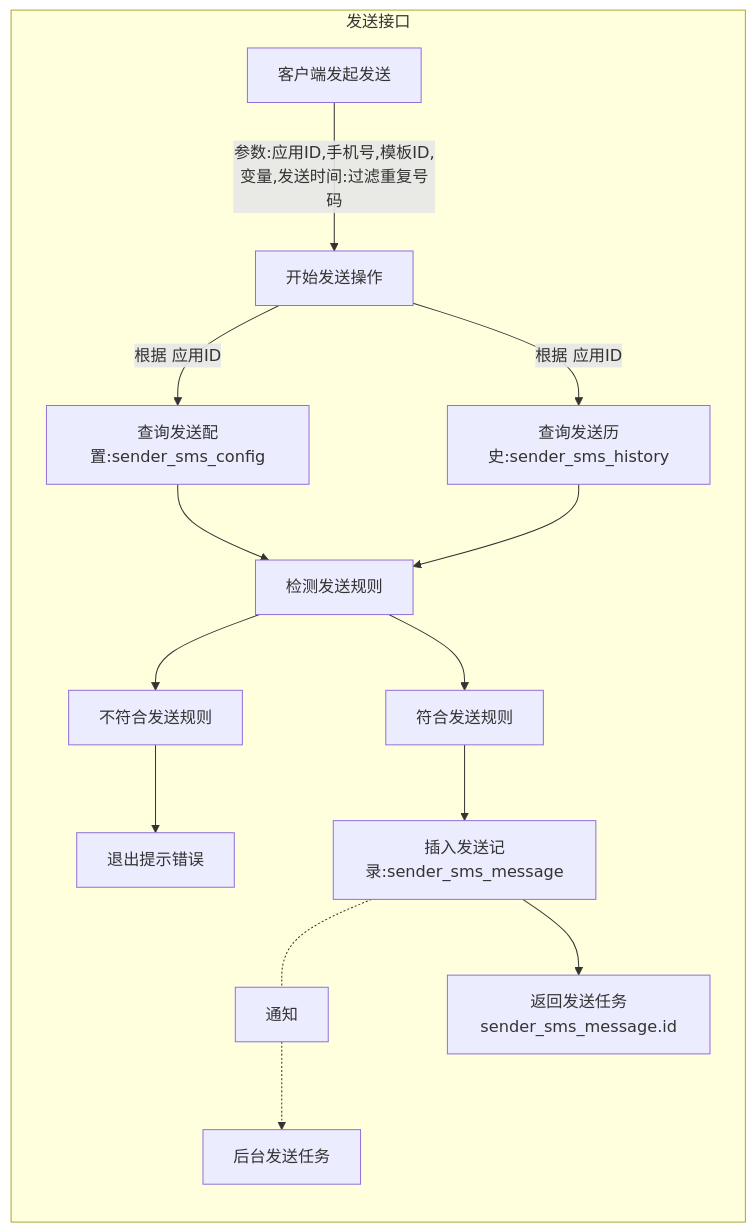
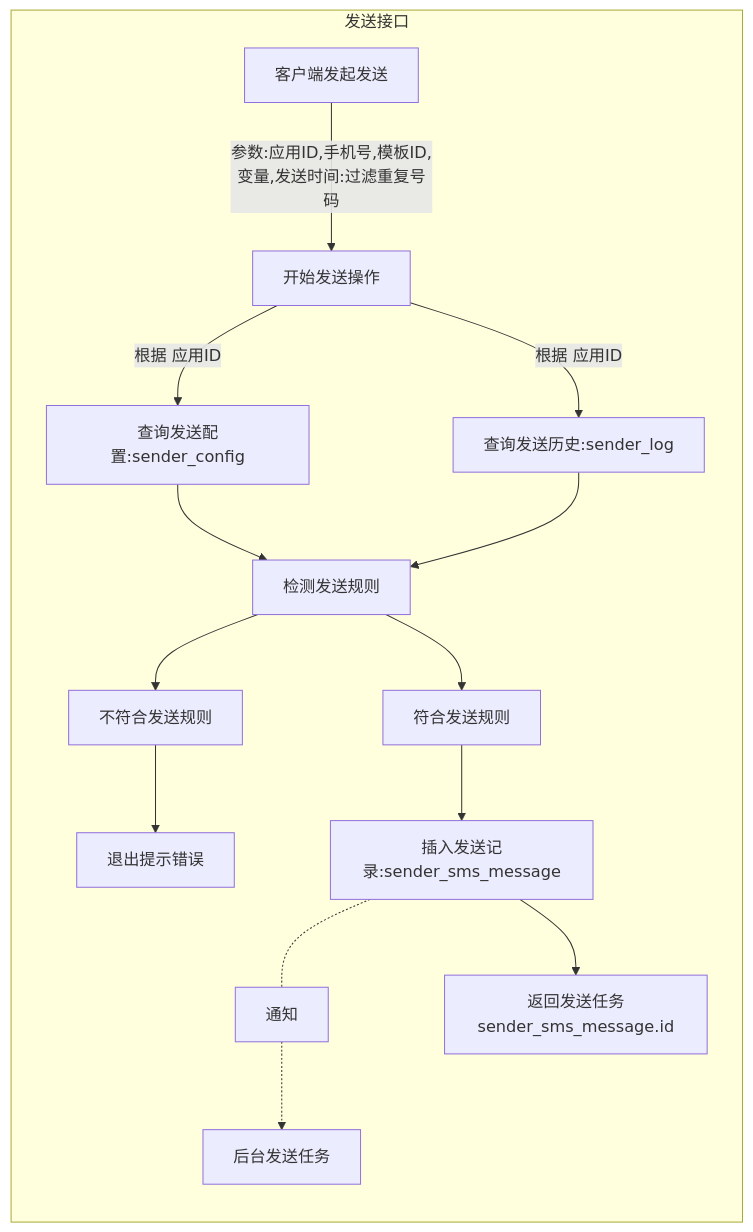
Before and after one commit to shanliu/lsys: the first of 3 diagrams in server/lsys-sender/src/dao/smser/README.MD, drawn with Mermaid. The commit also changed 125 other files, not shown here.

````diff
--- a/server/lsys-sender/src/dao/smser/README.MD
+++ b/server/lsys-sender/src/dao/smser/README.MD
@@ -17,10 +17,10 @@
 ```mermaid
 flowchart LR
     subgraph send[发送接口]
-        客户端发起发送 -- 参数:应用ID,手机号,模板ID,变量,发送时间:过滤重复号码 --> 开始发送操作 -- 根据 应用ID --> 查询发送配置:sender_sms_config--> 检测发送规则
-        开始发送操作  -- 根据 应用ID --> 查询发送历史:sender_sms_history -->检测发送规则
+        客户端发起发送 -- 参数:应用ID,手机号,模板ID,变量,发送时间:过滤重复号码 --> 开始发送操作 -- 根据 应用ID --> 查询发送配置:sender_config--> 检测发送规则
+        开始发送操作  -- 根据 应用ID --> 查询发送历史:sender_log -->检测发送规则
         检测发送规则 --> 不符合发送规则 --> 退出提示错误
         检测发送规则 --> 符合发送规则 --> 插入发送记录:sender_sms_message -.-通知 -.-> 后台发送任务
         插入发送记录:sender_sms_message --> 返回发送任务sender_sms_message.id
     end
 ```
````
